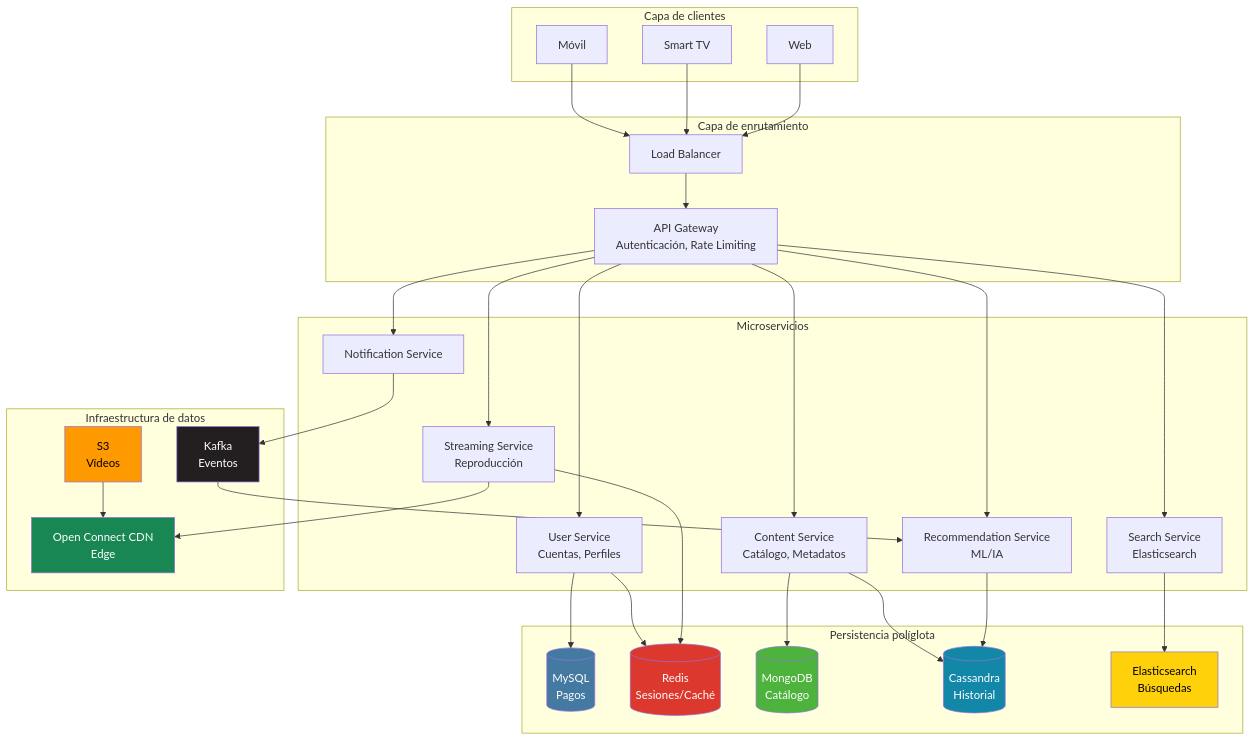
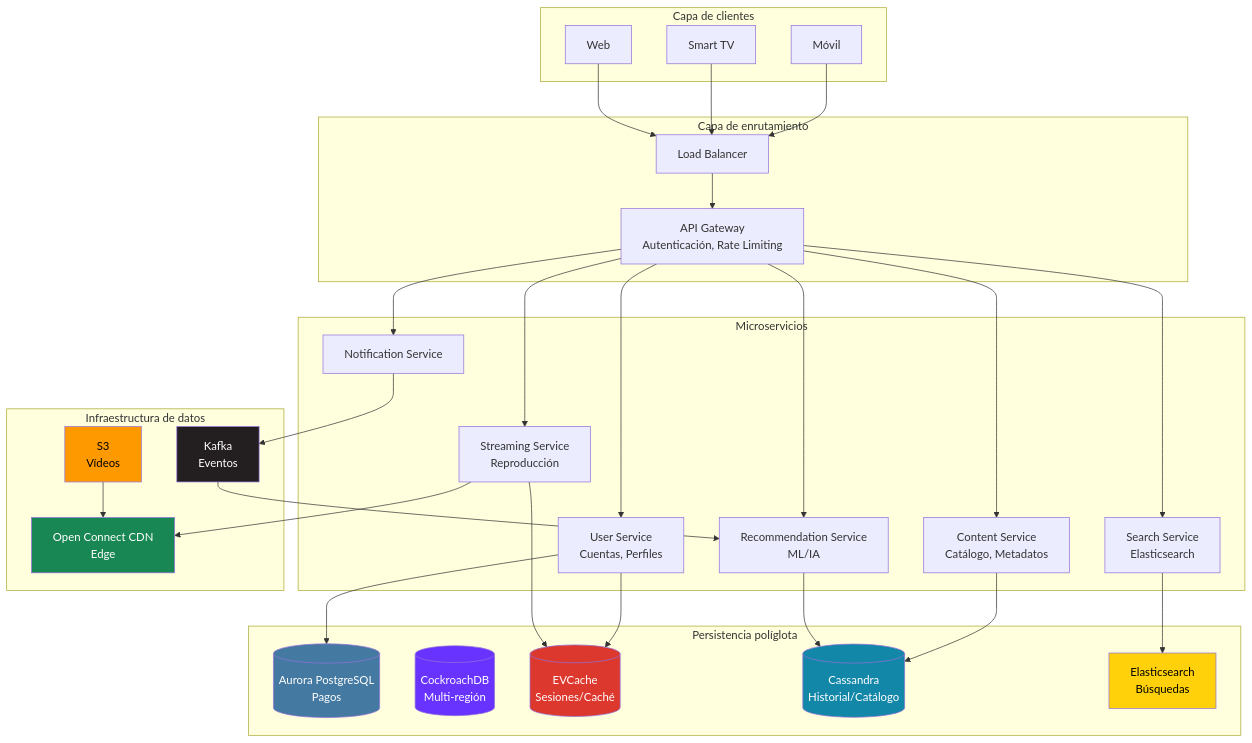
The second of 10 diagrams in web/src/posts/2026/2026-08-24-netflix-arquitectura-datos.md (joseluisgs/joseluisgs), drawn with Mermaid before and after one commit. The commit also changed other lines of this file, not shown here.

Commit message:
feat: actualizar artículo sobre la arquitectura de datos de Netflix, reemplazando Redis por EVCache y añadiendo nuevas tecnologías de base de datos

````diff
--- a/web/src/posts/2026/2026-08-24-netflix-arquitectura-datos.md
+++ b/web/src/posts/2026/2026-08-24-netflix-arquitectura-datos.md
@@ -86,59 +88,58 @@
 ```mermaid
 graph TB
     subgraph "Capa de clientes"
         M[Móvil]
         TV[Smart TV]
         W[Web]
     end
 
     subgraph "Capa de enrutamiento"
         LB[Load Balancer]
         GW[API Gateway\nAutenticación, Rate Limiting]
     end
 
     subgraph "Microservicios"
         US[User Service\nCuentas, Perfiles]
         CS[Content Service\nCatálogo, Metadatos]
         SS[Streaming Service\nReproducción]
         RS[Recommendation Service\nML/IA]
         Search[Search Service\nElasticsearch]
         NS[Notification Service]
     end
 
     subgraph "Persistencia políglota"
-        MySQL[(MySQL\nPagos)]
-        Redis[(Redis\nSesiones/Caché)]
-        Mongo[(MongoDB\nCatálogo)]
-        Cass[(Cassandra\nHistorial)]
+        Aurora[(Aurora PostgreSQL\nPagos)]
+        Cockroach[(CockroachDB\nMulti-región)]
+        EVCache[(EVCache\nSesiones/Caché)]
+        Cass[(Cassandra\nHistorial/Catálogo)]
         ES[Elasticsearch\nBúsquedas]
     end
 
     subgraph "Infraestructura de datos"
         Kafka[Kafka\nEventos]
         S3[S3\nVídeos]
         CDN[Open Connect CDN\nEdge]
     end
 
     M & TV & W --> LB --> GW
     GW --> US & CS & SS & RS & Search & NS
-    US --> MySQL
-    US --> Redis
-    CS --> Mongo
+    US --> Aurora
+    US --> EVCache
     CS --> Cass
-    SS --> Redis
+    SS --> EVCache
     RS --> Cass
     Search --> ES
     SS --> CDN
     S3 --> CDN
     NS --> Kafka
     Kafka --> RS
 
-    style MySQL fill:#4479A1,color:#fff
-    style Redis fill:#DC382D,color:#fff
-    style Mongo fill:#4DB33D,color:#fff
+    style Aurora fill:#4479A1,color:#fff
+    style Cockroach fill:#6933FF,color:#fff
+    style EVCache fill:#DC382D,color:#fff
     style Cass fill:#1287A8,color:#fff
     style ES fill:#FED10A,color:#000
     style Kafka fill:#231F20,color:#fff
     style S3 fill:#FF9900,color:#000
     style CDN fill:#198754,color:#fff
 ```
````
